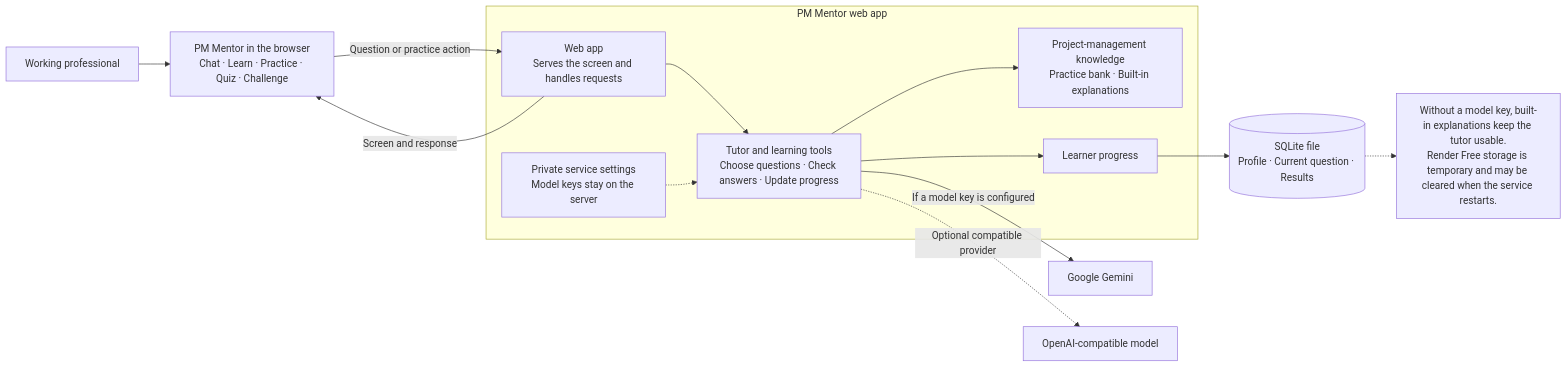
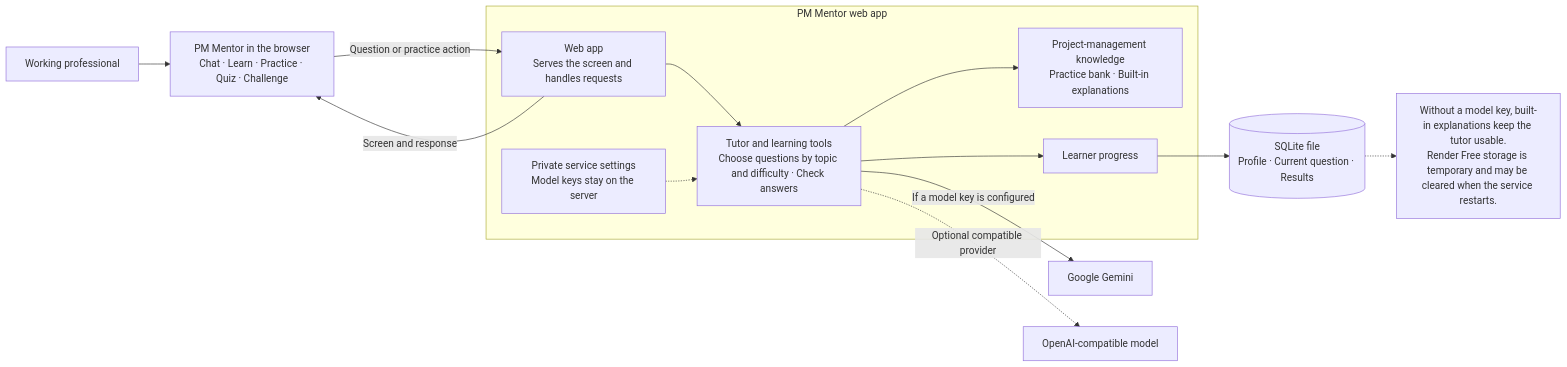
The first of 3 diagrams in architecture.md (iteshwalia/ai-tutor-projectmanagement), drawn with Mermaid before and after one commit. The commit also changed other lines of this file and 14 other files, not shown here.

Commit message:
Make difficulty adaptive and add progress reports

````diff
--- a/architecture.md
+++ b/architecture.md
@@ -7,25 +7,25 @@
 ```mermaid
 flowchart LR
     learner["Working professional"] --> browser["PM Mentor in the browser<br/>Chat · Learn · Practice · Quiz · Challenge"]
 
     subgraph app["PM Mentor web app"]
         web["Web app<br/>Serves the screen and handles requests"]
-        tutor["Tutor and learning tools<br/>Choose questions · Check answers · Update progress"]
+        tutor["Tutor and learning tools<br/>Choose questions by topic and difficulty · Check answers"]
         content["Project-management knowledge<br/>Practice bank · Built-in explanations"]
         progress["Learner progress"]
         settings["Private service settings<br/>Model keys stay on the server"]
     end
 
     browser -->|"Question or practice action"| web
     web --> tutor
     tutor --> content
     tutor --> progress
     progress --> database[("SQLite file<br/>Profile · Current question · Results")]
     tutor -->|"If a model key is configured"| gemini["Google Gemini"]
     tutor -.->|"Optional compatible provider"| other["OpenAI-compatible model"]
     web -->|"Screen and response"| browser
     settings -.-> tutor
 
     note["Without a model key, built-in explanations keep the tutor usable.<br/>Render Free storage is temporary and may be cleared when the service restarts."]
     database -.-> note
 ```
````
